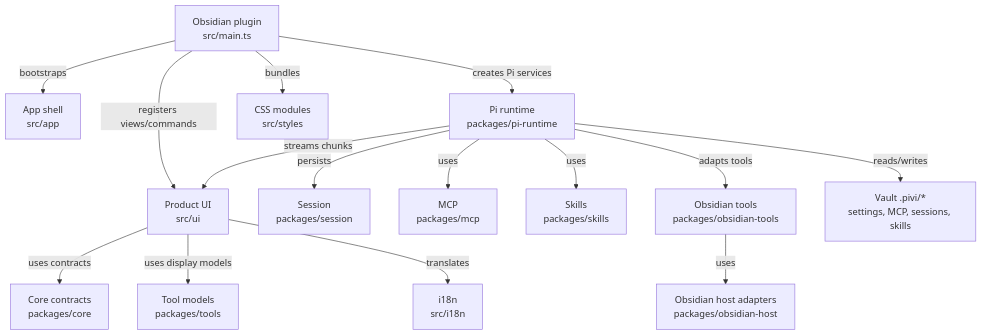
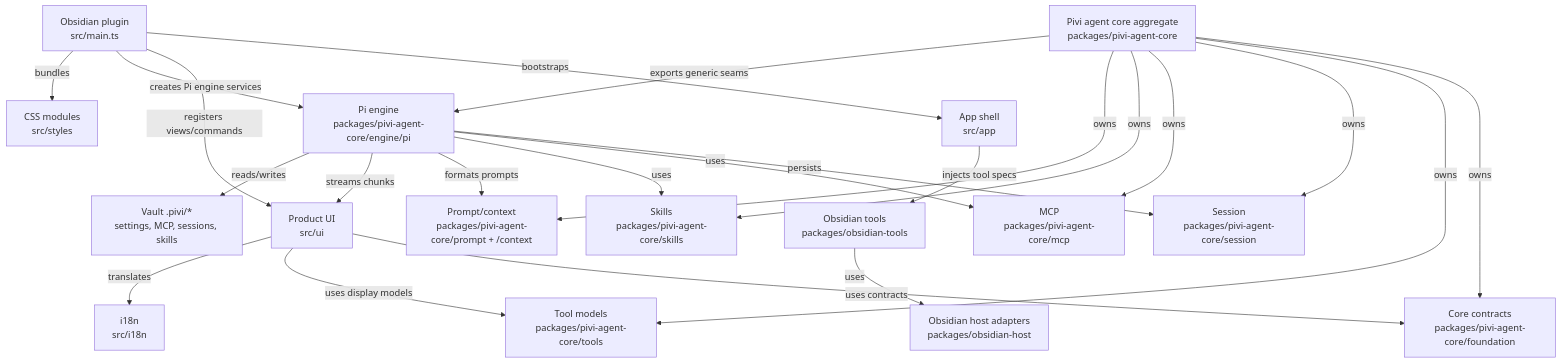
Before and after one commit to shuuul/obsidian-pivi: the first of 3 diagrams in AGENTS.md, drawn with Mermaid. The commit also changed other lines of this file and 497 other files, not shown here.

First line of the commit message:
refactor(arch): absorb pi-runtime into pivi-agent-core, delete all absorbed packages

````diff
--- a/AGENTS.md
+++ b/AGENTS.md
@@ -129,17 +130,25 @@
 ```mermaid
 flowchart TD
   Host["Obsidian plugin<br/>src/main.ts"] -- "bootstraps" --> App["App shell<br/>src/app"]
   Host -- "registers views/commands" --> UI["Product UI<br/>src/ui"]
-  Host -- "creates Pi services" --> Runtime["Pi runtime<br/>packages/pi-runtime"]
-  UI -- "uses contracts" --> Core["Core contracts<br/>packages/core"]
-  UI -- "uses display models" --> Tools["Tool models<br/>packages/tools"]
+  Host -- "creates Pi engine services" --> Runtime["Pi engine<br/>packages/pivi-agent-core/engine/pi"]
+  UI -- "uses contracts" --> Core["Core contracts<br/>packages/pivi-agent-core/foundation"]
+  UI -- "uses display models" --> Tools["Tool models<br/>packages/pivi-agent-core/tools"]
   UI -- "translates" --> I18n["i18n<br/>src/i18n"]
-  Runtime -- "persists" --> Session["Session<br/>packages/session"]
-  Runtime -- "uses" --> MCP["MCP<br/>packages/mcp"]
-  Runtime -- "uses" --> Skills["Skills<br/>packages/skills"]
-  Runtime -- "adapts tools" --> ObsidianTools["Obsidian tools<br/>packages/obsidian-tools"]
+  Runtime -- "persists" --> Session["Session<br/>packages/pivi-agent-core/session"]
+  Runtime -- "uses" --> MCP["MCP<br/>packages/pivi-agent-core/mcp"]
+  Runtime -- "uses" --> Skills["Skills<br/>packages/pivi-agent-core/skills"]
+  Runtime -- "formats prompts" --> Prompt["Prompt/context<br/>packages/pivi-agent-core/prompt + /context"]
+  App -- "injects tool specs" --> ObsidianTools["Obsidian tools<br/>packages/obsidian-tools"]
+  AgentCore["Pivi agent core aggregate<br/>packages/pivi-agent-core"] -- "owns" --> Core
+  AgentCore -- "owns" --> Tools
+  AgentCore -- "owns" --> Session
+  AgentCore -- "owns" --> MCP
+  AgentCore -- "owns" --> Skills
+  AgentCore -- "owns" --> Prompt
+  AgentCore -- "exports generic seams" --> Runtime
   ObsidianTools -- "uses" --> ObsidianHost["Obsidian host adapters<br/>packages/obsidian-host"]
   Host -- "bundles" --> Style["CSS modules<br/>src/styles"]
   Runtime -- "streams chunks" --> UI
   Runtime -- "reads/writes" --> Vault["Vault .pivi/*<br/>settings, MCP, sessions, skills"]
 ```
````
